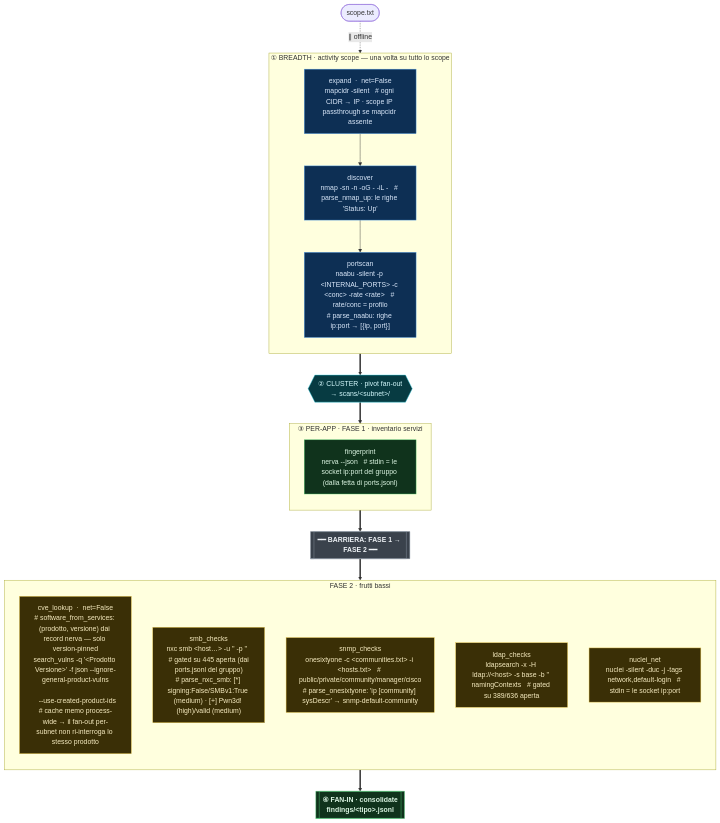
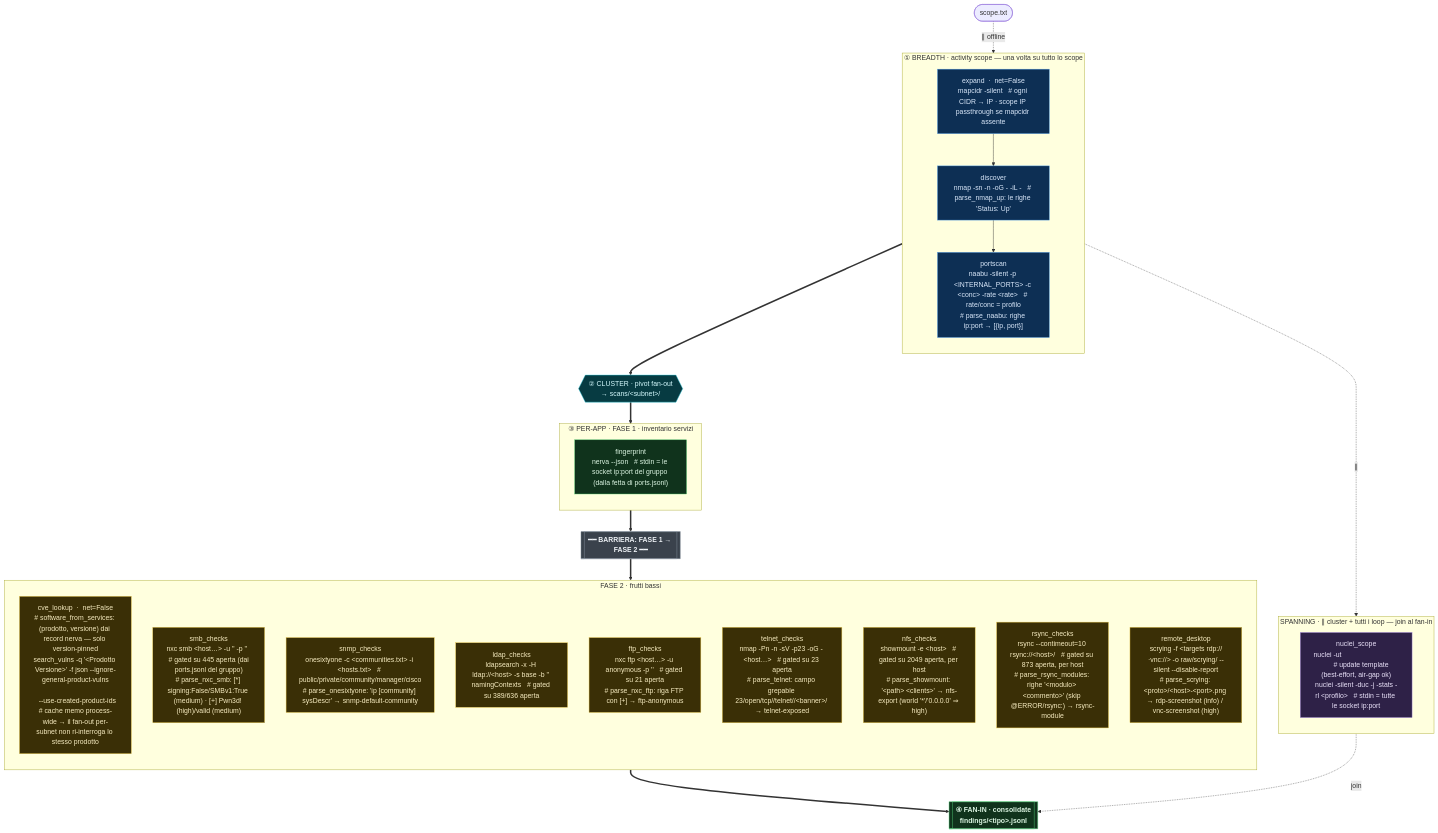
One commit to 0xb120/ptflow changed the diagram in docs/internal-pipeline-map.md. Above: the diagram before and after it, drawn with Mermaid. The commit also changed 6 other files, not shown here.

First line of the commit message:
feat(internal): phase-2 low-hanging-fruit — anon services, RDP/VNC screenshots, whole-scope nuclei

````diff
--- a/docs/internal-pipeline-map.md
+++ b/docs/internal-pipeline-map.md
@@ -8,46 +8,57 @@
 ```mermaid
 flowchart TD
 scope(["scope.txt"])
 subgraph BREADTH["① BREADTH · activity scope — una volta su tutto lo scope"]
 direction TB
 expand["expand  ·  net=False<br>mapcidr -silent   # ogni CIDR → IP · scope IP passthrough se mapcidr assente"]
 discover["discover<br>nmap -sn -n -oG - -iL -   # parse_nmap_up: le righe 'Status: Up'"]
 portscan["portscan<br>naabu -silent -p &lt;INTERNAL_PORTS&gt; -c &lt;conc&gt; -rate &lt;rate&gt;   # rate/conc = profilo<br># parse_naabu: righe ip:port → [{ip, port}]"]
 end
 scope -.->|∥ offline| expand
 expand --> discover
 discover --> portscan
 CLUSTER{{"② CLUSTER · pivot fan-out<br>→ scans/&lt;subnet&gt;/"}}
 BREADTH ==> CLUSTER
+subgraph SPAN["SPANNING · ∥ cluster + tutti i loop — join al fan-in"]
+direction TB
+nuclei_scope["nuclei_scope<br>nuclei -ut                                    # update template (best-effort, air-gap ok)<br>nuclei -silent -duc -j -stats -rl &lt;profilo&gt;   # stdin = tutte le socket ip:port"]
+end
+portscan -.->|∥| nuclei_scope
 subgraph P1["③ PER-APP · FASE 1 · inventario servizi"]
 direction TB
 fingerprint["fingerprint<br>nerva --json   # stdin = le socket ip:port del gruppo (dalla fetta di ports.jsonl)"]
 end
 CLUSTER ==> P1
 BAR2[["━━ BARRIERA: FASE 1 → FASE 2 ━━"]]
 P1 ==> BAR2
 subgraph P2["FASE 2 · frutti bassi"]
 direction TB
 cve_lookup["cve_lookup  ·  net=False<br># software_from_services: (prodotto, versione) dai record nerva — solo version-pinned<br>search_vulns -q '&lt;Prodotto Versione&gt;' -f json --ignore-general-product-vulns<br>                                              --use-created-product-ids<br># cache memo process-wide → il fan-out per-subnet non ri-interroga lo stesso prodotto"]
 smb_checks["smb_checks<br>nxc smb &lt;host…&gt; -u '' -p ''   # gated su 445 aperta (dai ports.jsonl del gruppo)<br># parse_nxc_smb: [*] signing:False/SMBv1:True (medium) · [+] Pwn3d! (high)/valid (medium)"]
 snmp_checks["snmp_checks<br>onesixtyone -c &lt;communities.txt&gt; -i &lt;hosts.txt&gt;   # public/private/community/manager/cisco<br># parse_onesixtyone: 'ip [community] sysDescr' → snmp-default-community"]
 ldap_checks["ldap_checks<br>ldapsearch -x -H ldap://&lt;host&gt; -s base -b '' namingContexts   # gated su 389/636 aperta"]
-nuclei_net["nuclei_net<br>nuclei -silent -duc -j -tags network,default-login   # stdin = le socket ip:port"]
+ftp_checks["ftp_checks<br>nxc ftp &lt;host…&gt; -u anonymous -p ''   # gated su 21 aperta<br># parse_nxc_ftp: riga FTP con [+] → ftp-anonymous"]
+telnet_checks["telnet_checks<br>nmap -Pn -n -sV -p23 -oG - &lt;host…&gt;   # gated su 23 aperta<br># parse_telnet: campo grepable 23/open/tcp//telnet//&lt;banner&gt;/ → telnet-exposed"]
+nfs_checks["nfs_checks<br>showmount -e &lt;host&gt;   # gated su 2049 aperta, per host<br># parse_showmount: '&lt;path&gt; &lt;clients&gt;' → nfs-export (world '*'/'0.0.0.0' ⇒ high)"]
+rsync_checks["rsync_checks<br>rsync --contimeout=10 rsync://&lt;host&gt;/   # gated su 873 aperta, per host<br># parse_rsync_modules: righe '&lt;modulo&gt; &lt;commento&gt;' (skip @ERROR/rsync:) → rsync-module"]
+remote_desktop["remote_desktop<br>scrying -f &lt;targets rdp://·vnc://&gt; -o raw/scrying/ --silent --disable-report<br># parse_scrying: &lt;proto&gt;/&lt;host&gt;-&lt;port&gt;.png → rdp-screenshot (info) / vnc-screenshot (high)"]
 end
 BAR2 ==> P2
 FANIN[["④ FAN-IN · consolidate<br>findings/&lt;tipo&gt;.jsonl"]]
 P2 ==> FANIN
+nuclei_scope -.->|join| FANIN
 classDef breadth fill:#0d2f54,stroke:#4f9be6,color:#dbe9fb;
 classDef span fill:#2e2147,stroke:#a98ee0,color:#ece4fb;
 classDef pivot fill:#073b42,stroke:#34d3e6,color:#d6fbff;
 classDef bar fill:#3a424c,stroke:#8a96a3,color:#eef2f6,font-weight:bold;
 classDef fanin fill:#10331c,stroke:#54d07a,color:#dcf6e3,font-weight:bold;
 classDef phase1 fill:#10331c,stroke:#4cc46b,color:#dcf6e3;
 classDef phase2 fill:#3a2f06,stroke:#e6c247,color:#f8edc2;
 class expand,discover,portscan breadth
+class nuclei_scope span
 class fingerprint phase1
-class cve_lookup,smb_checks,snmp_checks,ldap_checks,nuclei_net phase2
+class cve_lookup,smb_checks,snmp_checks,ldap_checks,ftp_checks,telnet_checks,nfs_checks,rsync_checks,remote_desktop phase2
 class CLUSTER pivot
 class BAR2 bar
 class FANIN fanin
 ```
````
